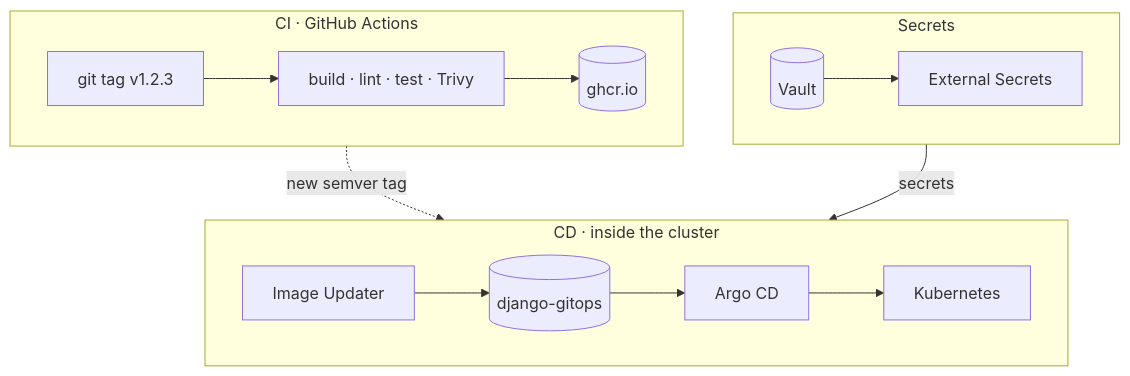
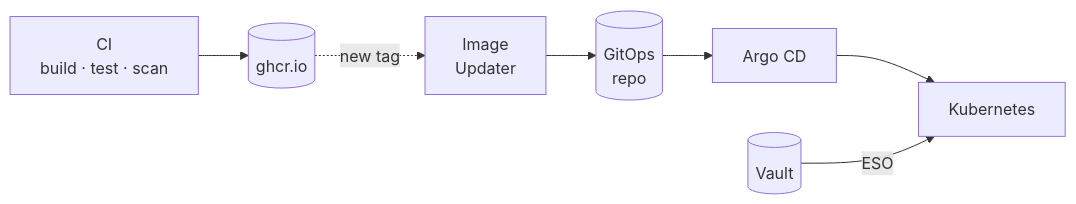
Before and after one commit to filooww/filooww: the diagram in README.md, drawn with Mermaid.

Commit message:
Simplify diagram

````diff
--- a/README.md
+++ b/README.md
@@ -30,17 +30,9 @@
 ```mermaid
-flowchart TB
-  subgraph CI["CI · GitHub Actions"]
-    direction LR
-    tag[git tag v1.2.3] --> build[build · lint · test · Trivy] --> ghcr[(ghcr.io)]
-  end
-  subgraph CD["CD · inside the cluster"]
-    direction LR
-    iu[Image Updater] --> repo[(django-gitops)] --> argo[Argo CD] --> k8s[Kubernetes]
-  end
-  subgraph SEC["Secrets"]
-    direction LR
-    vault[(Vault)] --> eso[External Secrets]
-  end
-  CI -. new semver tag .-> CD
-  SEC -- secrets --> CD
+flowchart LR
+  ci[CI<br/>build · test · scan] --> ghcr[(ghcr.io)]
+  ghcr -. new tag .-> iu[Image<br/>Updater]
+  iu --> repo[(GitOps<br/>repo)]
+  repo --> argo[Argo CD]
+  argo --> k8s[Kubernetes]
+  vault[(Vault)] -- ESO --> k8s
 ```
````
